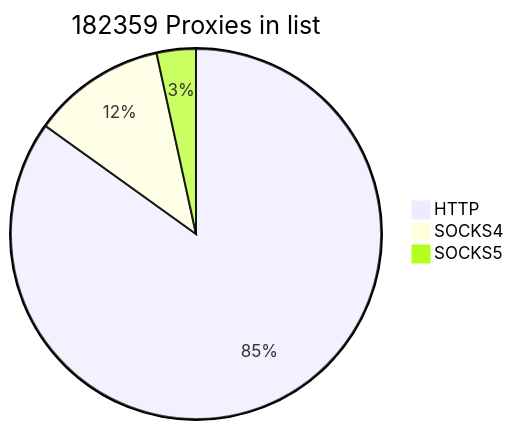
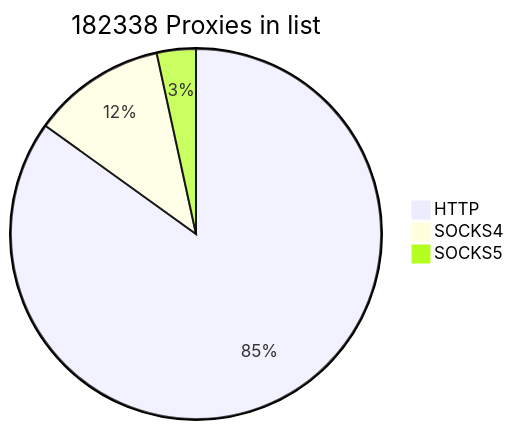
One commit to cutipu/proxylist changed the first of 2 diagrams in README.md. Above: the diagram before and after it, drawn with Mermaid. The commit also changed other lines of this file, not shown here.

````diff
--- a/README.md
+++ b/README.md
@@ -2,7 +2,7 @@
 ```mermaid
-pie title 182359 Proxies in list
-    "HTTP" : 154842
+pie title 182338 Proxies in list
+    "HTTP" : 154843
     "SOCKS4" : 21277
-    "SOCKS5" : 6240
+    "SOCKS5" : 6218
             
 ```
````
